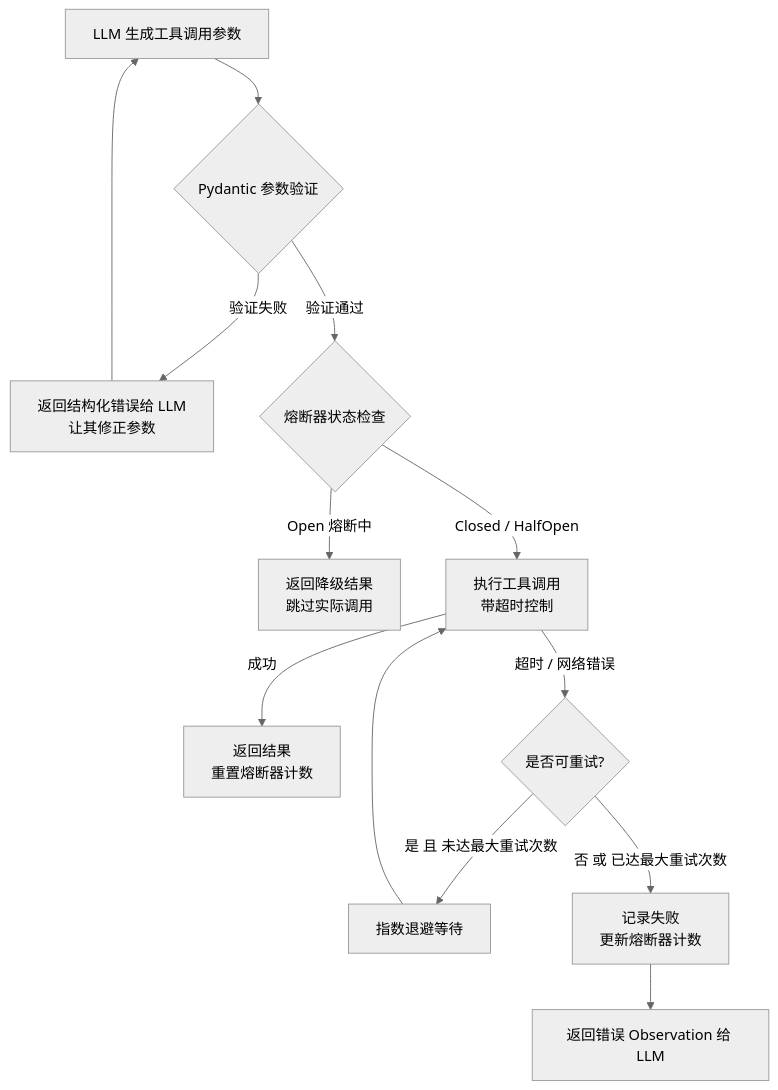
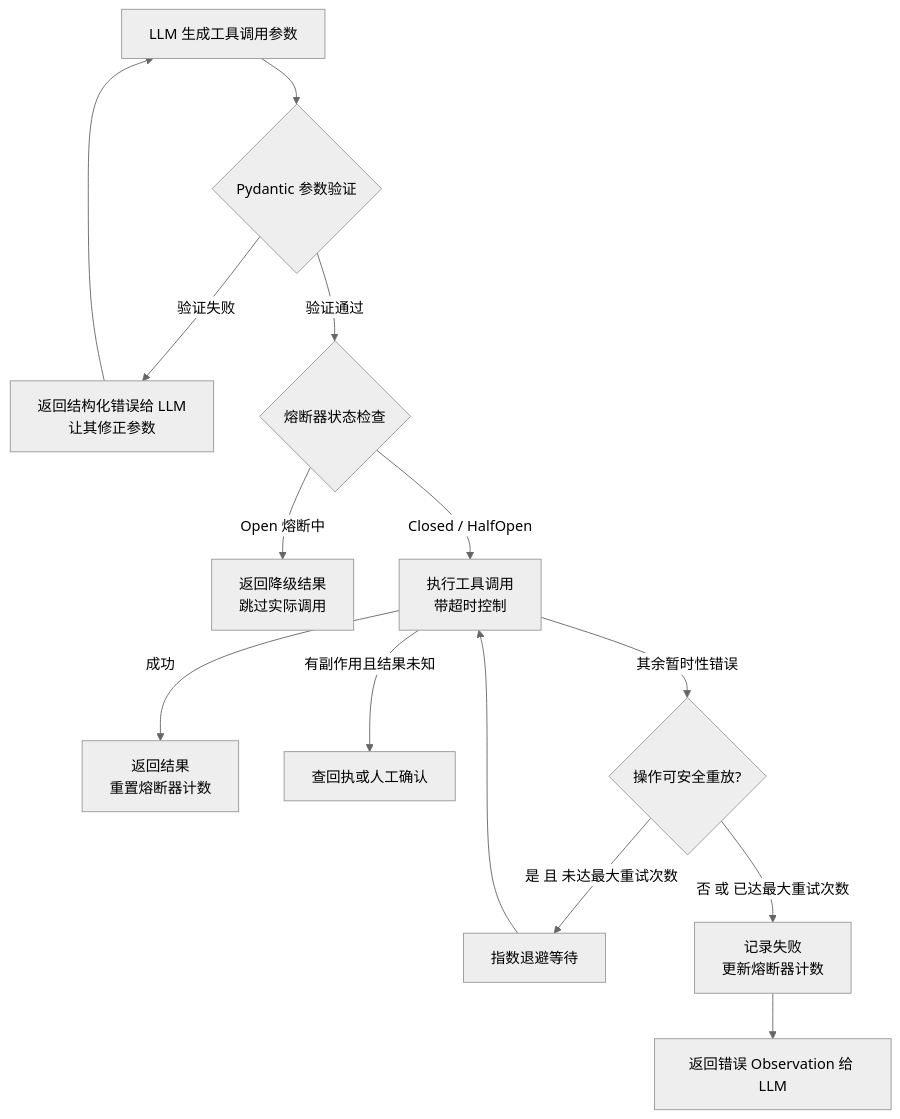
One commit to swf2020/AI-Agent-in-Practice changed the second of 2 diagrams in docs/AI Agent In Practice/03_Function Calling MCP 与工具使用/3.4 工具可靠性与错误处理.md. Above: the diagram before and after it, drawn with Mermaid (neutral theme). The commit also changed other lines of this file and 1 other file, not shown here.

````diff
--- a/docs/AI Agent In Practice/03_Function Calling MCP 与工具使用/3.4 工具可靠性与错误处理.md
+++ b/docs/AI Agent In Practice/03_Function Calling MCP 与工具使用/3.4 工具可靠性与错误处理.md
@@ -175,14 +175,15 @@
 ```mermaid
 flowchart TD
     A[LLM 生成工具调用参数] --> B{Pydantic 参数验证}
     B -->|验证失败| C[返回结构化错误给 LLM\n让其修正参数]
     C --> A
     B -->|验证通过| D{熔断器状态检查}
     D -->|Open 熔断中| E[返回降级结果\n跳过实际调用]
     D -->|Closed / HalfOpen| F[执行工具调用\n带超时控制]
     F -->|成功| G[返回结果\n重置熔断器计数]
-    F -->|超时 / 网络错误| H{是否可重试?}
+    F -->|有副作用且结果未知| L[查回执或人工确认]
+    F -->|其余暂时性错误| H{操作可安全重放?}
     H -->|是 且 未达最大重试次数| I[指数退避等待] --> F
     H -->|否 或 已达最大重试次数| J[记录失败\n更新熔断器计数]
     J --> K[返回错误 Observation 给 LLM]
 ```
````
